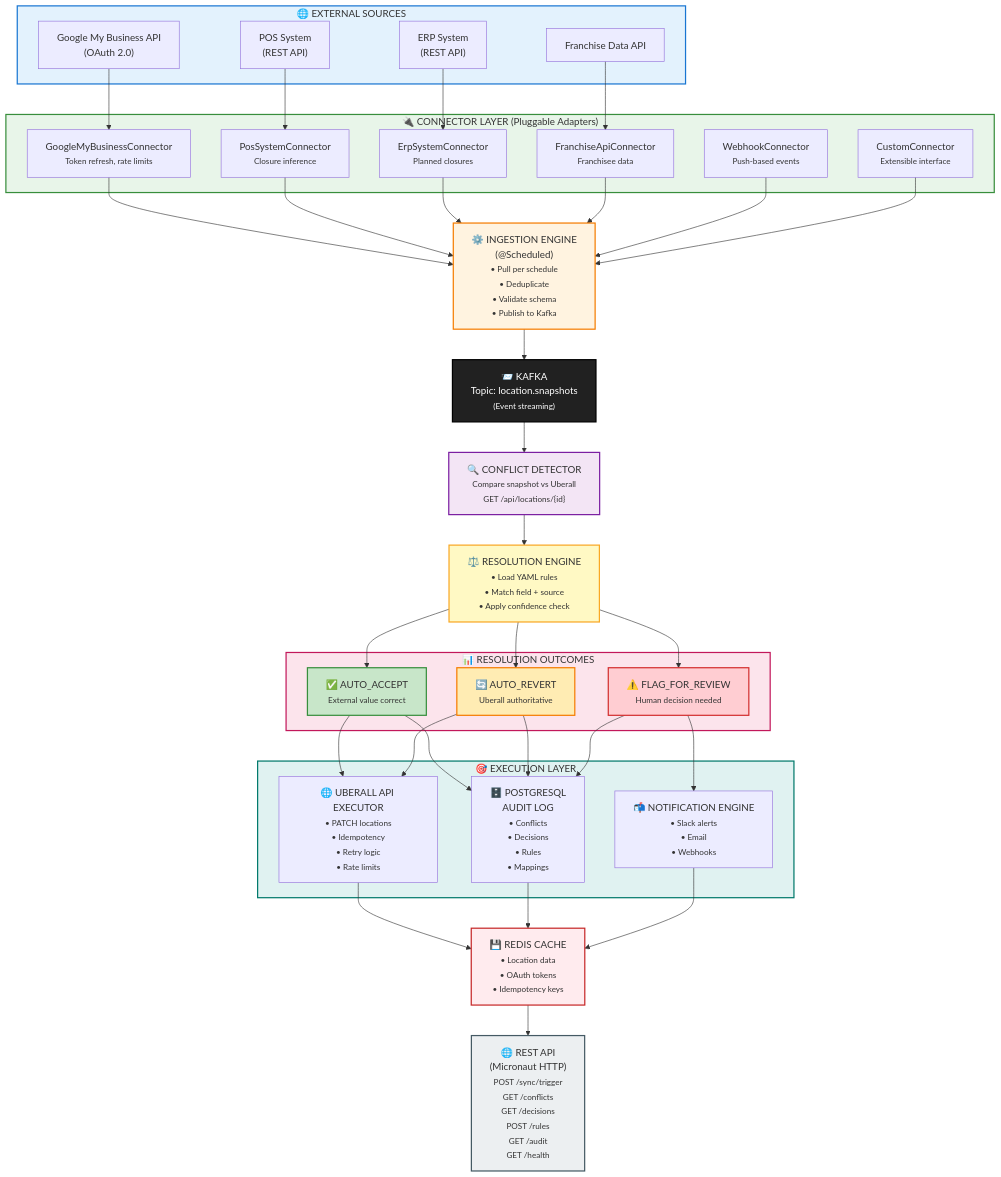
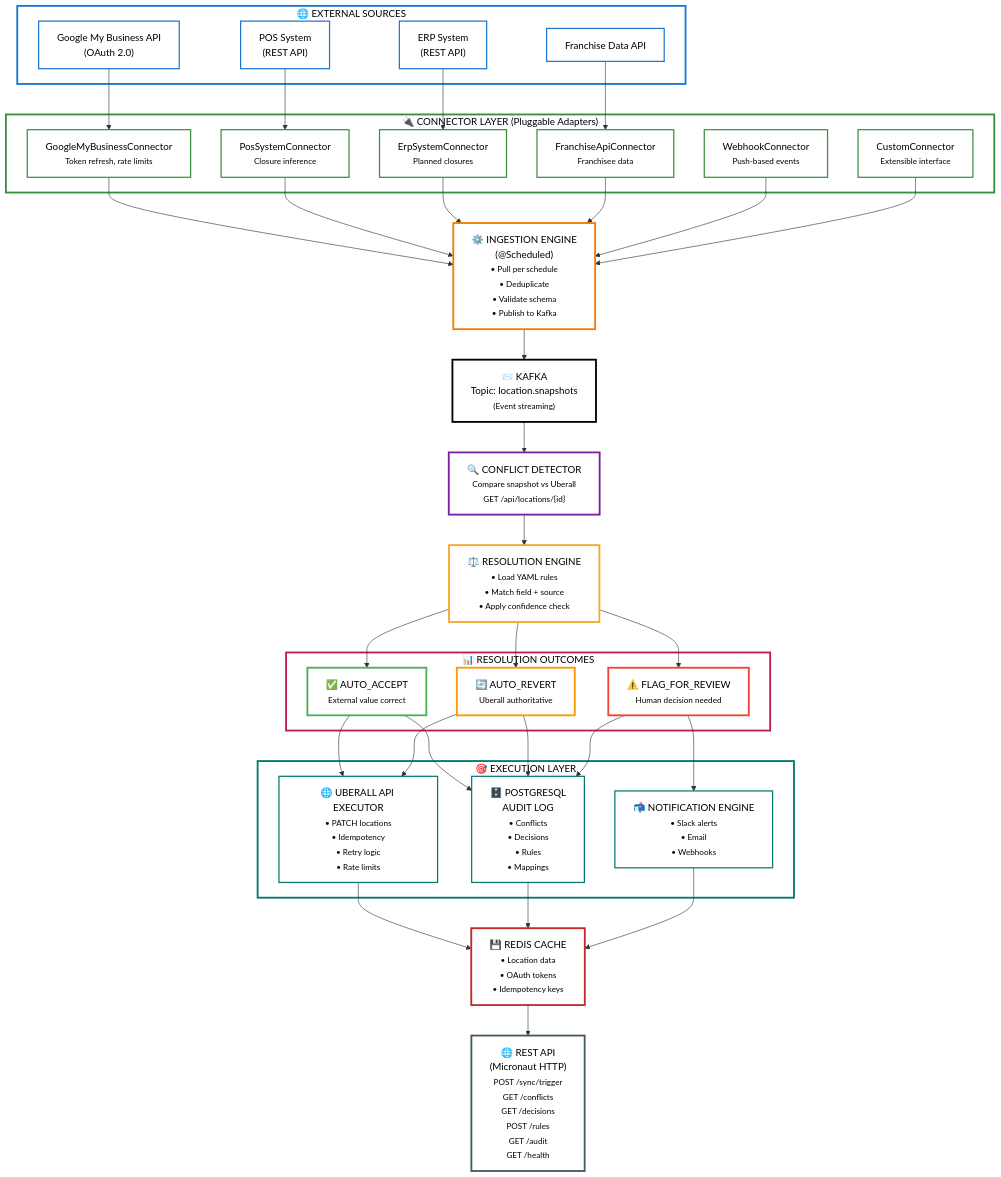
The diagram in README.md (c-kiplimo/Location-Sync-Gateway), drawn with Mermaid before and after one commit.

Commit message:
feat: update  architecture diagram

````diff
--- a/README.md
+++ b/README.md
@@ -121,18 +121,34 @@
 
     REDIS --> API
 
-    style EXTERNAL fill:#E3F2FD,stroke:#1976D2,stroke-width:2px
-    style CONNECTORS fill:#E8F5E9,stroke:#388E3C,stroke-width:2px
-    style INGEST fill:#FFF3E0,stroke:#F57C00,stroke-width:2px
-    style KAFKA fill:#212121,stroke:#000,stroke-width:2px,color:#fff
-    style DETECT fill:#F3E5F5,stroke:#7B1FA2,stroke-width:2px
-    style RESOLVE fill:#FFF9C4,stroke:#F9A825,stroke-width:2px
-    style OUTCOMES fill:#FCE4EC,stroke:#C2185B,stroke-width:2px
-    style EXECUTION fill:#E0F2F1,stroke:#00796B,stroke-width:2px
-    style REDIS fill:#FFEBEE,stroke:#C62828,stroke-width:2px
-    style API fill:#ECEFF1,stroke:#455A64,stroke-width:2px
+    style EXTERNAL fill:#ffffff,stroke:#1976D2,stroke-width:3px,color:#000
+    style CONNECTORS fill:#ffffff,stroke:#388E3C,stroke-width:3px,color:#000
+    style INGEST fill:#ffffff,stroke:#F57C00,stroke-width:3px,color:#000
+    style KAFKA fill:#ffffff,stroke:#000,stroke-width:3px,color:#000
+    style DETECT fill:#ffffff,stroke:#7B1FA2,stroke-width:3px,color:#000
+    style RESOLVE fill:#ffffff,stroke:#F9A825,stroke-width:3px,color:#000
+    style OUTCOMES fill:#ffffff,stroke:#C2185B,stroke-width:3px,color:#000
+    style EXECUTION fill:#ffffff,stroke:#00796B,stroke-width:3px,color:#000
+    style REDIS fill:#ffffff,stroke:#C62828,stroke-width:3px,color:#000
+    style API fill:#ffffff,stroke:#455A64,stroke-width:3px,color:#000
 
-    style ACCEPT fill:#C8E6C9,stroke:#388E3C,stroke-width:2px
-    style REVERT fill:#FFECB3,stroke:#F57C00,stroke-width:2px
-    style REVIEW fill:#FFCDD2,stroke:#D32F2F,stroke-width:2px
+    style GMB fill:#ffffff,stroke:#1976D2,stroke-width:2px,color:#000
+    style POS fill:#ffffff,stroke:#1976D2,stroke-width:2px,color:#000
+    style ERP fill:#ffffff,stroke:#1976D2,stroke-width:2px,color:#000
+    style FRAN fill:#ffffff,stroke:#1976D2,stroke-width:2px,color:#000
+
+    style GMB_CONN fill:#ffffff,stroke:#388E3C,stroke-width:2px,color:#000
+    style POS_CONN fill:#ffffff,stroke:#388E3C,stroke-width:2px,color:#000
+    style ERP_CONN fill:#ffffff,stroke:#388E3C,stroke-width:2px,color:#000
+    style FRAN_CONN fill:#ffffff,stroke:#388E3C,stroke-width:2px,color:#000
+    style WH_CONN fill:#ffffff,stroke:#388E3C,stroke-width:2px,color:#000
+    style CUSTOM fill:#ffffff,stroke:#388E3C,stroke-width:2px,color:#000
+
+    style ACCEPT fill:#ffffff,stroke:#4CAF50,stroke-width:3px,color:#000
+    style REVERT fill:#ffffff,stroke:#FF9800,stroke-width:3px,color:#000
+    style REVIEW fill:#ffffff,stroke:#F44336,stroke-width:3px,color:#000
+
+    style UBERALL fill:#ffffff,stroke:#00796B,stroke-width:2px,color:#000
+    style DB fill:#ffffff,stroke:#00796B,stroke-width:2px,color:#000
+    style NOTIFY fill:#ffffff,stroke:#00796B,stroke-width:2px,color:#000
 ```
````
